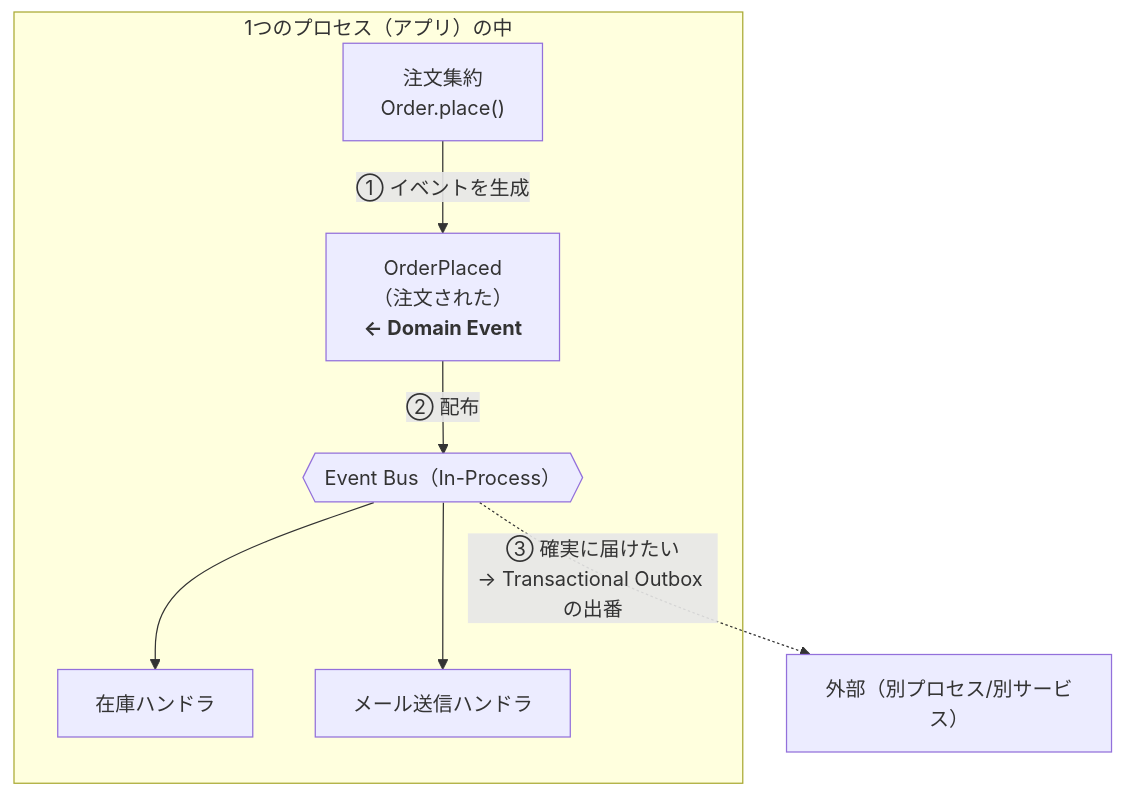
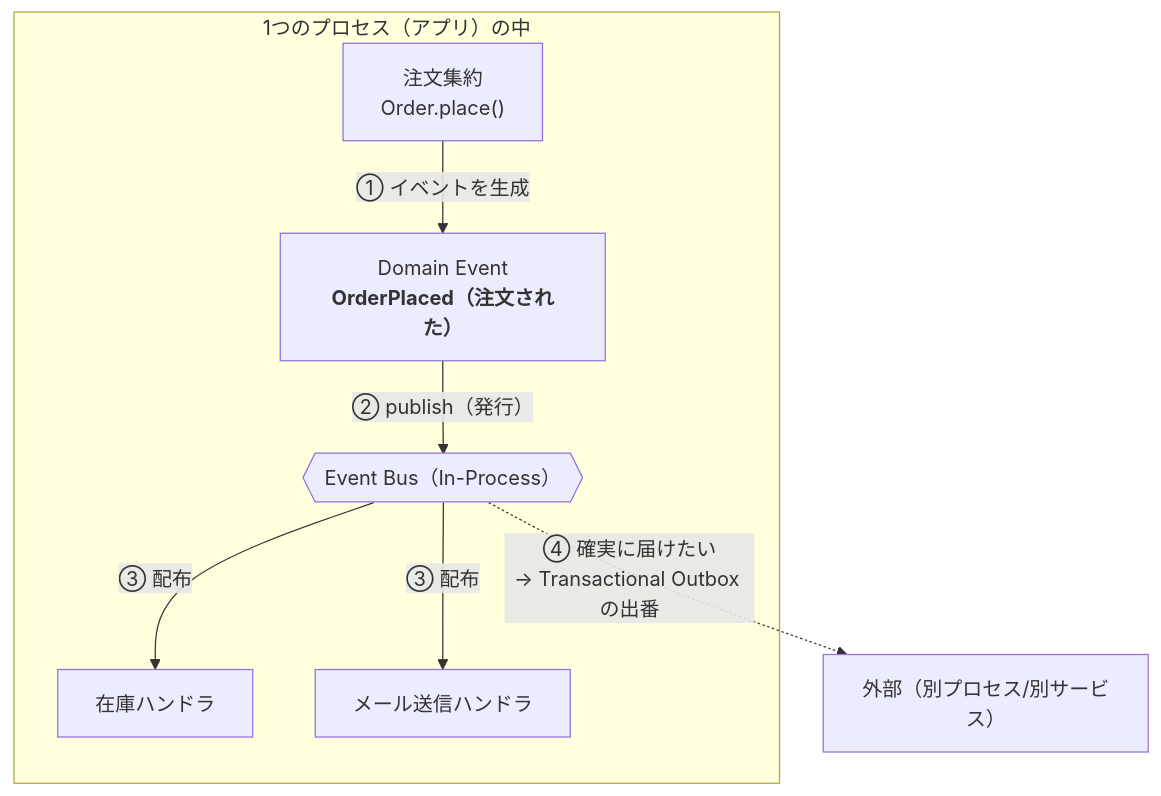
The first of 5 diagrams in Python/Domain Events・Event Bus・Outboxについて.md (nutslove/Knowledges), drawn with Mermaid before and after one commit. The commit also changed other lines of this file, not shown here.

````diff
--- a/Python/Domain Events・Event Bus・Outboxについて.md
+++ b/Python/Domain Events・Event Bus・Outboxについて.md
@@ -16,18 +16,18 @@
 ```mermaid
 flowchart TB
     subgraph proc["1つのプロセス（アプリ）の中"]
         order["注文集約<br/>Order.place()"]
-        event["OrderPlaced<br/>（注文された）<br/><b>← Domain Event</b>"]
+        event["Domain Event<br/><b>OrderPlaced（注文された）</b>"]
         bus{{"Event Bus（In-Process）"}}
         stock["在庫ハンドラ"]
         mail["メール送信ハンドラ"]
 
         order -->|"① イベントを生成"| event
-        event -->|"② 配布"| bus
-        bus --> stock
-        bus --> mail
+        event -->|"② publish（発行）"| bus
+        bus -->|"③ 配布"| stock
+        bus -->|"③ 配布"| mail
     end
 
     external["外部（別プロセス/別サービス）"]
-    bus -.->|"③ 確実に届けたい<br/>→ Transactional Outbox の出番"| external
+    bus -.->|"④ 確実に届けたい<br/>→ Transactional Outbox の出番"| external
 ```
````
